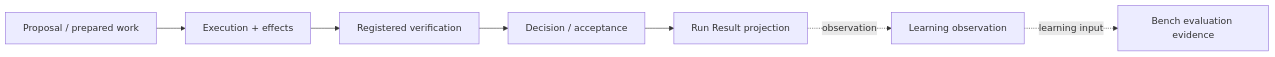
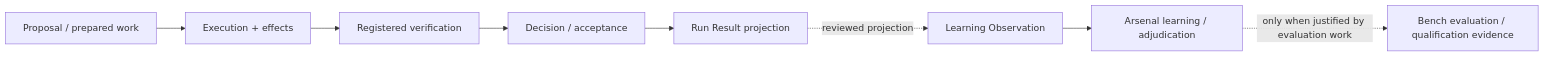
The diagram in docs/architecture/evidence-flow.md (jenksed/invariant-system), drawn with Mermaid before and after one commit. The commit also changed other lines of this file, not shown here.

Commit message:
docs: prevent learning observations from implying automatic qualification

````diff
--- a/docs/architecture/evidence-flow.md
+++ b/docs/architecture/evidence-flow.md
@@ -16,13 +16,16 @@
 ```mermaid
 flowchart LR
     P[Proposal / prepared work]
     X[Execution + effects]
     V[Registered verification]
     D[Decision / acceptance]
     RR[Run Result projection]
-    LO[Learning observation]
-    BE[Bench evaluation evidence]
+    LO[Learning Observation]
+    AR[Arsenal learning / adjudication]
+    BE[Bench evaluation / qualification evidence]
 
     P --> X --> V --> D --> RR
-    RR -. observation .-> LO -. learning input .-> BE
+    RR -. reviewed projection .-> LO
+    LO --> AR
+    AR -. only when justified by evaluation work .-> BE
 ```
````
